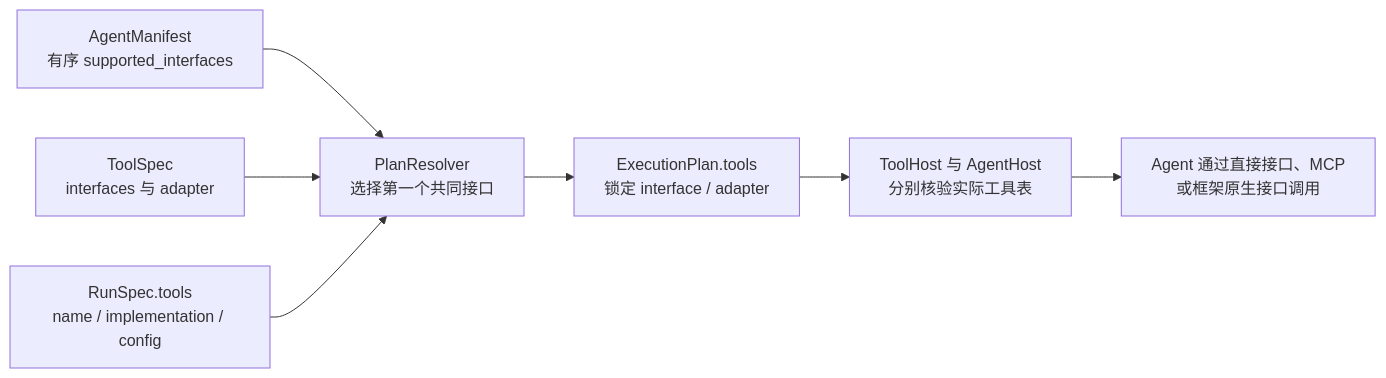
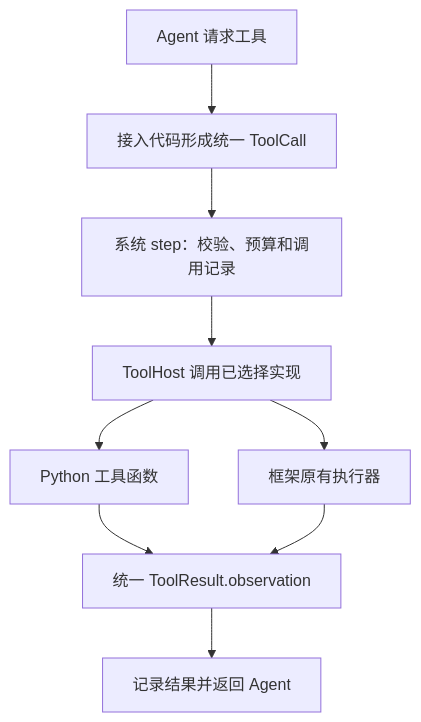
Diagram 11 of 18 in docs/uenv_design.md (audreyyan1015/uenv_design), drawn with Mermaid before and after one commit. The commit also changed other lines of this file and 174 other files, not shown here.

First line of the commit message:
Align design contracts, agent tool execution, and persistent runtime

````diff
--- a/docs/uenv_design.md
+++ b/docs/uenv_design.md
@@ -655,9 +709,11 @@
 ```mermaid
-flowchart LR
-  AM[AgentManifest<br/>有序 supported_interfaces] --> R[PlanResolver<br/>选择第一个共同接口]
-  TS[ToolSpec<br/>interfaces 与 adapter] --> R
-  RS[RunSpec.tools<br/>name / implementation / config] --> R
-  R --> P[ExecutionPlan.tools<br/>锁定 interface / adapter]
-  P --> H[ToolHost 与 AgentHost<br/>分别核验实际工具表]
-  H --> A[Agent 通过直接接口、MCP<br/>或框架原生接口调用]
+flowchart TD
+  A[Agent 请求工具] --> B[接入代码形成统一 ToolCall]
+  B --> S[系统 step：校验、预算和调用记录]
+  S --> H[ToolHost 调用已选择实现]
+  H --> P[Python 工具函数]
+  H --> N[框架原有执行器]
+  P --> R[统一 ToolResult.observation]
+  N --> R
+  R --> S2[记录结果并返回 Agent]
 ```
````
